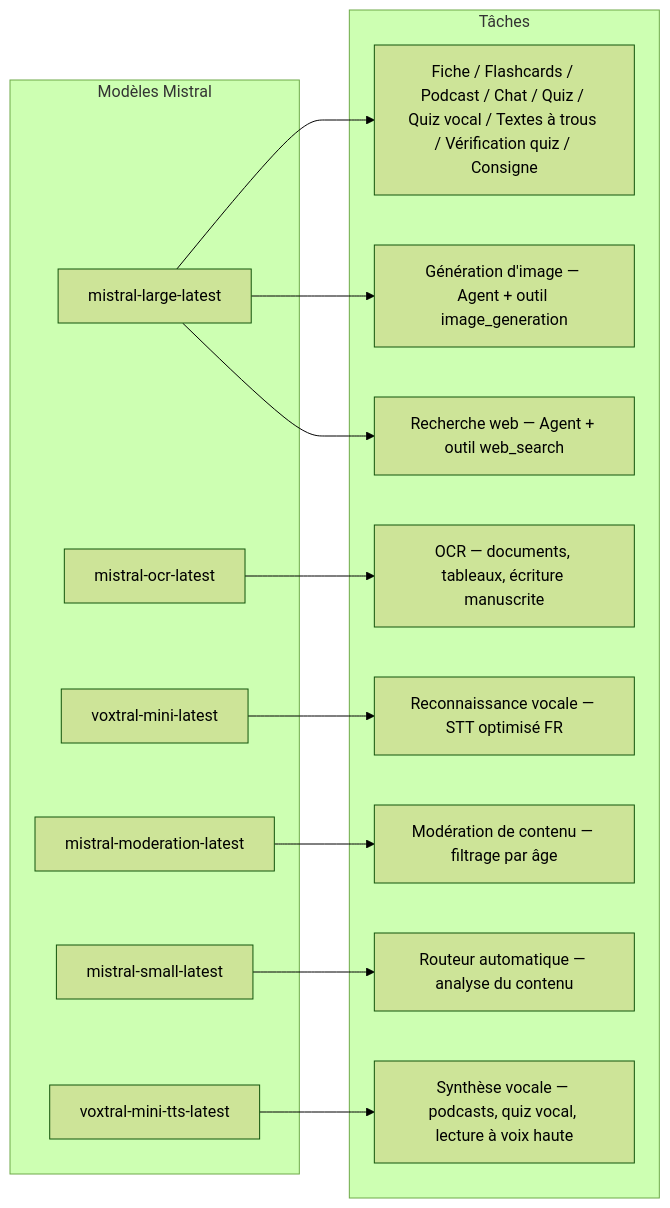
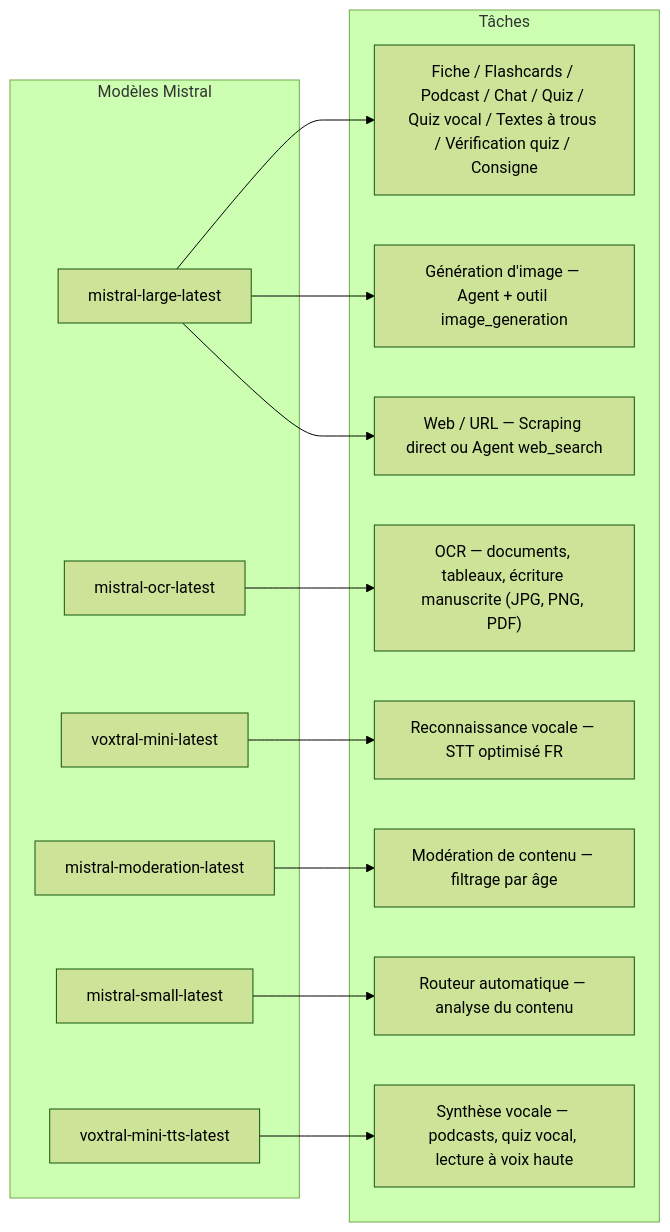
The second of 3 diagrams in README-ar.md (jls42/EurekAI), drawn with Mermaid (forest theme) before and after one commit. The commit also changed other lines of this file and 41 other files, not shown here.

````diff
--- a/README-ar.md
+++ b/README-ar.md
@@ -120,31 +120,31 @@
 ```mermaid
 flowchart LR
     subgraph "Modèles Mistral"
         ML["mistral-large-latest"]
         MO["mistral-ocr-latest"]
         MV["voxtral-mini-latest"]
         MMod["mistral-moderation-latest"]
         MS["mistral-small-latest"]
         MTTS["voxtral-mini-tts-latest"]
     end
 
     subgraph "Tâches"
         T1["Fiche / Flashcards / Podcast / Chat / Quiz / Quiz vocal / Textes à trous / Vérification quiz / Consigne"]
-        T2["OCR — documents, tableaux, écriture manuscrite"]
+        T2["OCR — documents, tableaux, écriture manuscrite (JPG, PNG, PDF)"]
         T3["Reconnaissance vocale — STT optimisé FR"]
         T4["Modération de contenu — filtrage par âge"]
         T5["Routeur automatique — analyse du contenu"]
         T6["Génération d'image — Agent + outil image_generation"]
-        T7["Recherche web — Agent + outil web_search"]
+        T7["Web / URL — Scraping direct ou Agent web_search"]
         T8["Synthèse vocale — podcasts, quiz vocal, lecture à voix haute"]
     end
 
     ML --> T1
     MO --> T2
     MV --> T3
     MMod --> T4
     MS --> T5
     ML --> T6
     ML --> T7
     MTTS --> T8
 ```
````
